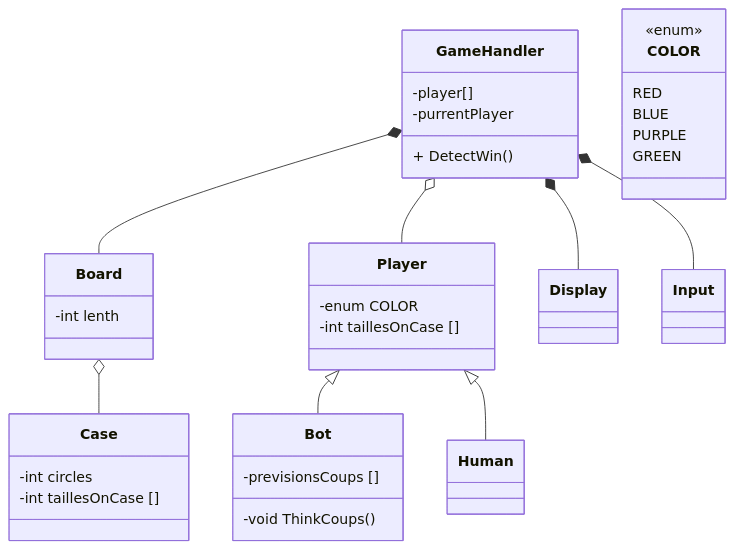
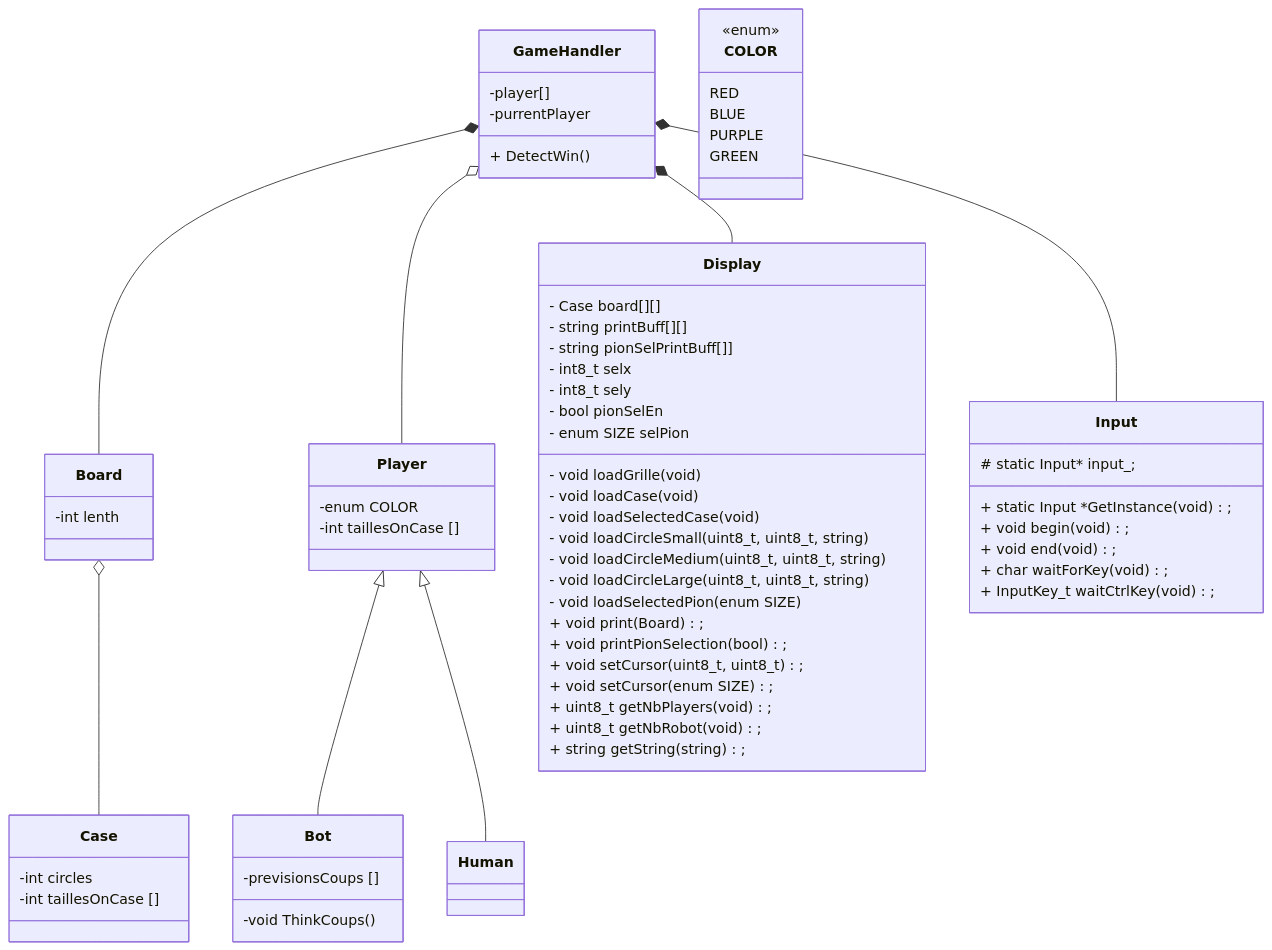
Before and after one commit to ECN-SEC-SMP/tp6-note-jack_nathan_eugenie_annabelle: the diagram in ClassDigram.md, drawn with Mermaid.

Commit message:
ClassDiagram add Display et Input

```diff
--- a/ClassDigram.md
+++ b/ClassDigram.md
@@ -49,11 +49,39 @@
     }
 
     class Display {
-        
+        - Case board[][]
+        - string printBuff[][]
+        - string pionSelPrintBuff[]]
+        - int8_t selx
+        - int8_t sely
+        - bool pionSelEn
+        - enum SIZE selPion
+
+        - void loadGrille(void)
+        - void loadCase(void)
+        - void loadSelectedCase(void)
+        - void loadCircleSmall(uint8_t, uint8_t, string)
+        - void loadCircleMedium(uint8_t, uint8_t, string)
+        - void loadCircleLarge(uint8_t, uint8_t, string)
+        - void loadSelectedPion(enum SIZE)
+
+        + void print(Board);
+        + void printPionSelection(bool);
+        + void setCursor(uint8_t, uint8_t);
+        + void setCursor(enum SIZE);
+        + uint8_t getNbPlayers(void);
+        + uint8_t getNbRobot(void);
+        + string getString(string);
     }
 
     class Input {
-        
+        # static Input* input_;
+
+        + static Input *GetInstance(void);
+        + void begin(void);
+        + void end(void);
+        + char waitForKey(void);
+        + InputKey_t waitCtrlKey(void);
     }
 
     class  COLOR {
```
